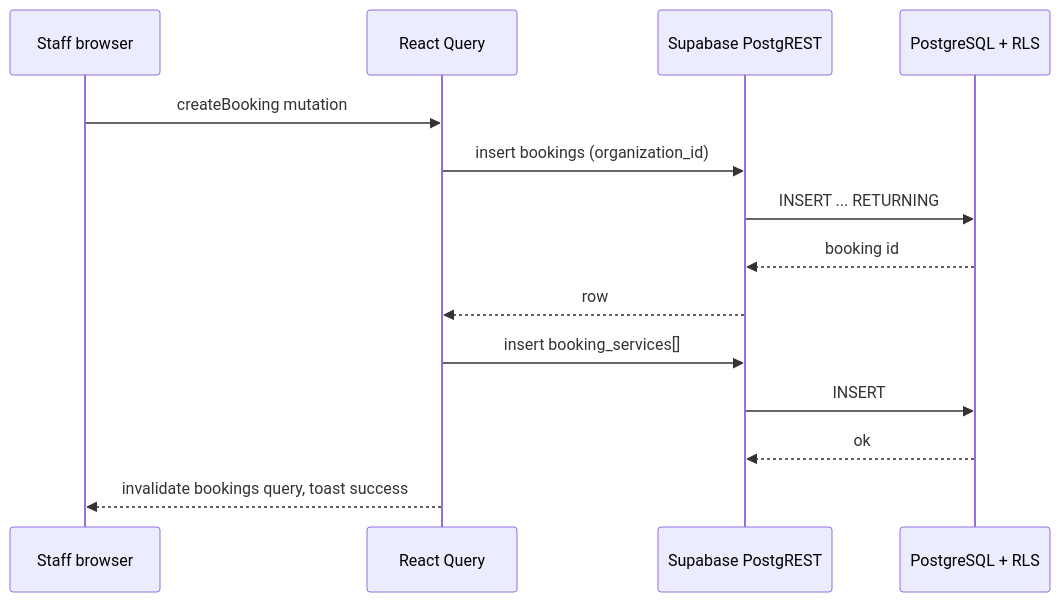
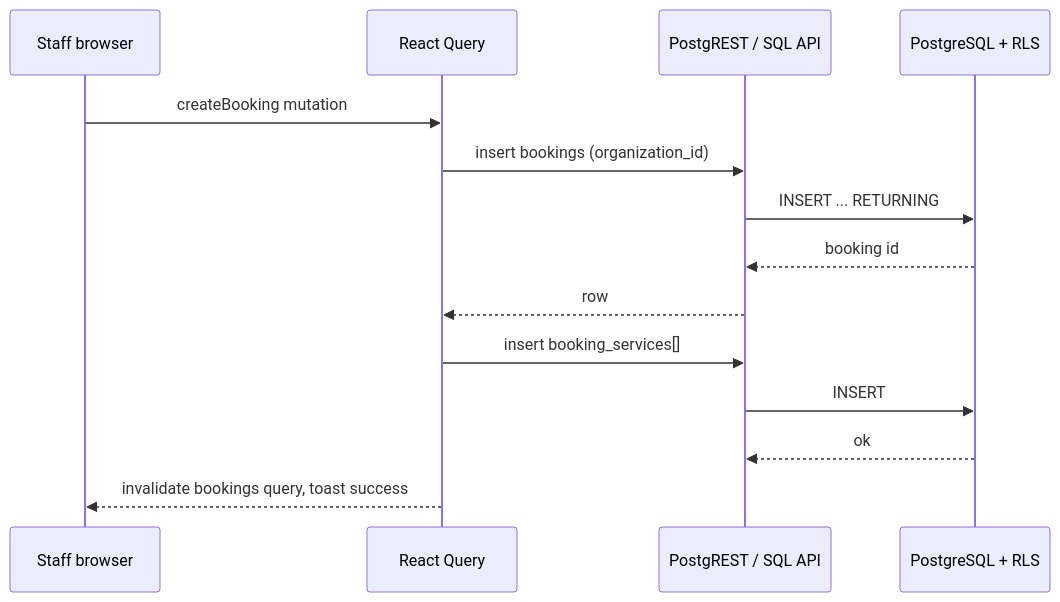
The ninth of 11 diagrams in docs/public/docs-sources/technical-architecture-current-implementation.md (arnoldchrisoduor1/barber-house-charm2), drawn with Mermaid before and after one commit. The commit also changed other lines of this file and 9 other files, not shown here.

````diff
--- a/docs/public/docs-sources/technical-architecture-current-implementation.md
+++ b/docs/public/docs-sources/technical-architecture-current-implementation.md
@@ -323,17 +323,17 @@
 ```mermaid
 sequenceDiagram
   participant U as Staff browser
   participant RQ as React Query
-  participant SB as Supabase PostgREST
+  participant SB as PostgREST / SQL API
   participant PG as PostgreSQL + RLS
 
   U->>RQ: createBooking mutation
   RQ->>SB: insert bookings (organization_id)
   SB->>PG: INSERT ... RETURNING
   PG-->>SB: booking id
   SB-->>RQ: row
   RQ->>SB: insert booking_services[]
   SB->>PG: INSERT
   PG-->>SB: ok
   RQ-->>U: invalidate bookings query, toast success
 ```
````
